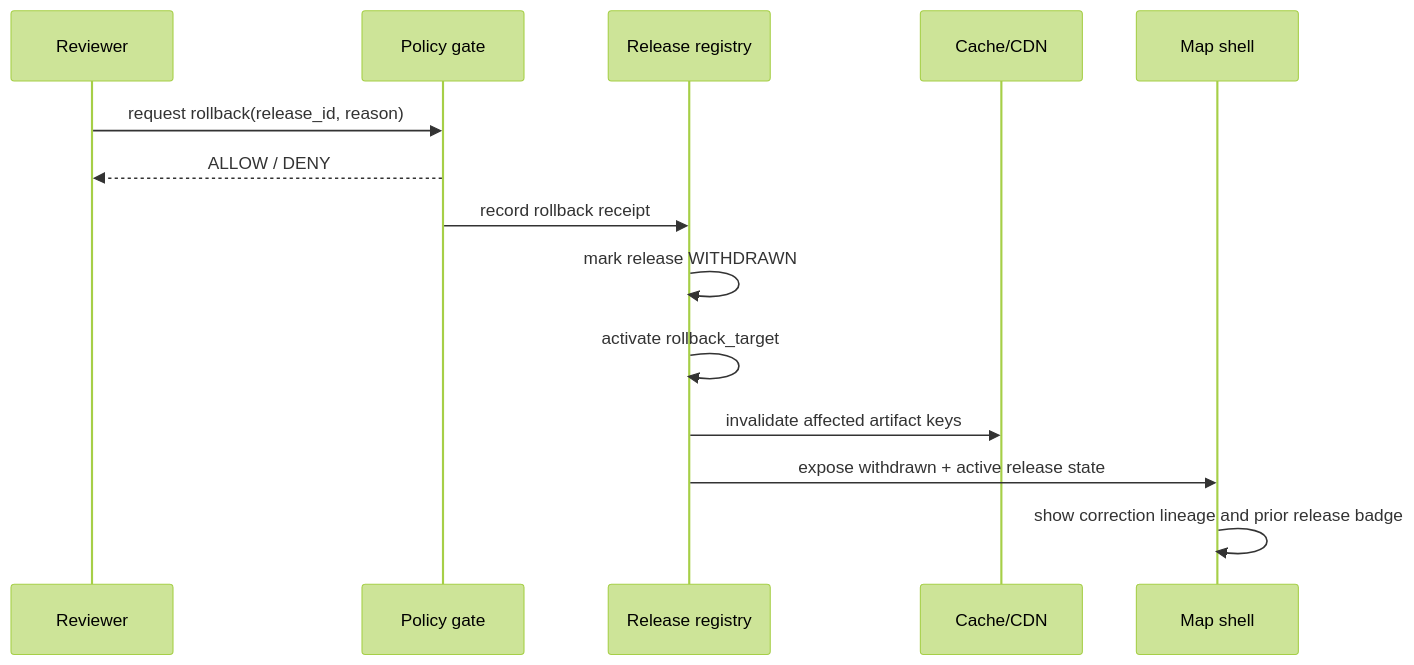
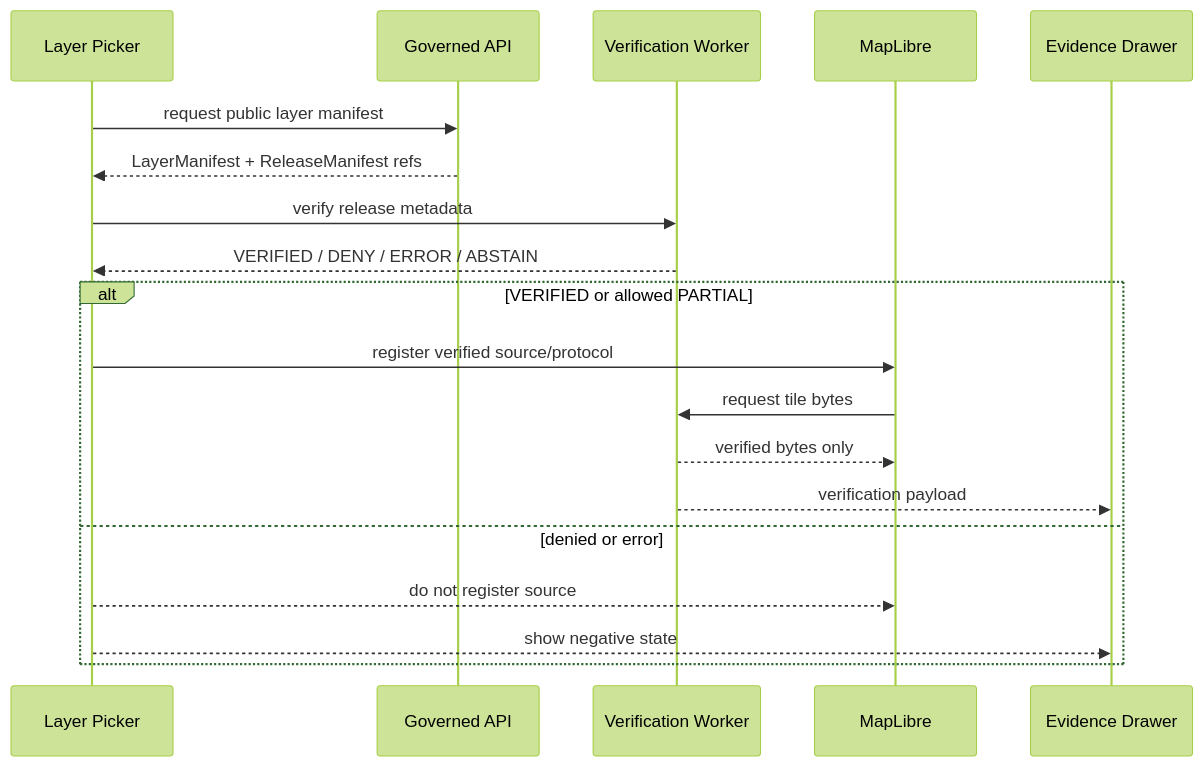
The fourth of 5 diagrams in docs/architecture/tiles/VERIFIABLE_TILE_RENDERING.md (bartytime4life/Kansas-Frontier-Matrix), drawn with Mermaid (forest theme) before and after one commit. The commit also changed other lines of this file, not shown here.

````diff
--- a/docs/architecture/tiles/VERIFIABLE_TILE_RENDERING.md
+++ b/docs/architecture/tiles/VERIFIABLE_TILE_RENDERING.md
@@ -469,17 +516,22 @@
 ```mermaid
 sequenceDiagram
-  participant Reviewer
-  participant Policy as Policy gate
-  participant Release as Release registry
-  participant Cache as Cache/CDN
-  participant UI as Map shell
+  participant UI as Layer Picker
+  participant API as Governed API
+  participant W as Verification Worker
+  participant ML as MapLibre
+  participant ED as Evidence Drawer
 
-  Reviewer->>Policy: request rollback(release_id, reason)
-  Policy-->>Reviewer: ALLOW / DENY
-  Policy->>Release: record rollback receipt
-  Release->>Release: mark release WITHDRAWN
-  Release->>Release: activate rollback_target
-  Release->>Cache: invalidate affected artifact keys
-  Release->>UI: expose withdrawn + active release state
-  UI->>UI: show correction lineage and prior release badge
+  UI->>API: request public layer manifest
+  API-->>UI: LayerManifest + ReleaseManifest refs
+  UI->>W: verify release metadata
+  W-->>UI: VERIFIED / DENY / ERROR / ABSTAIN
+  alt VERIFIED or allowed PARTIAL
+    UI->>ML: register verified source/protocol
+    ML->>W: request tile bytes
+    W-->>ML: verified bytes only
+    W-->>ED: verification payload
+  else denied or error
+    UI-->>ML: do not register source
+    UI-->>ED: show negative state
+  end
 ```
````
